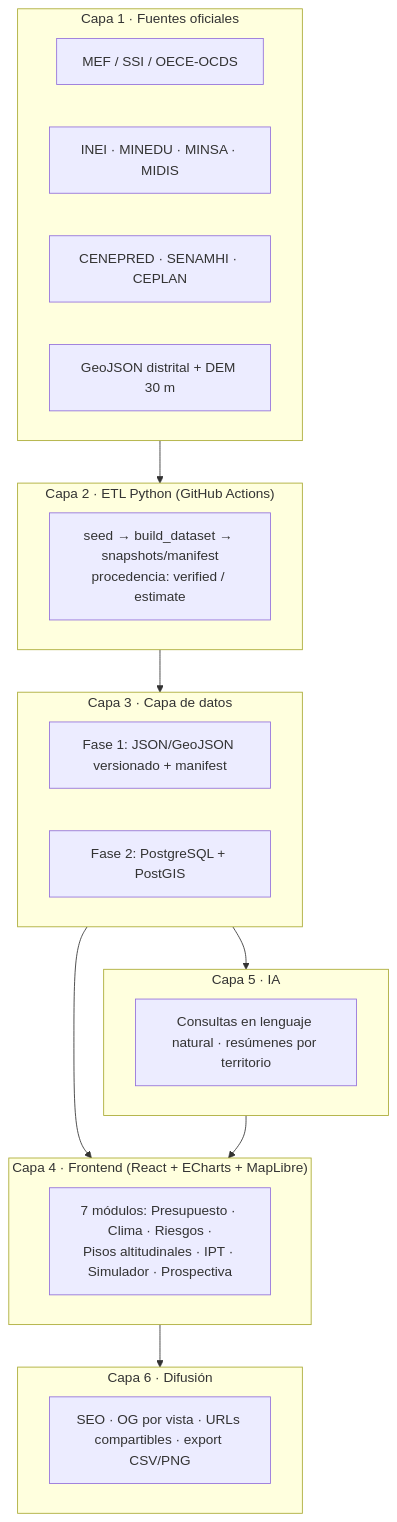
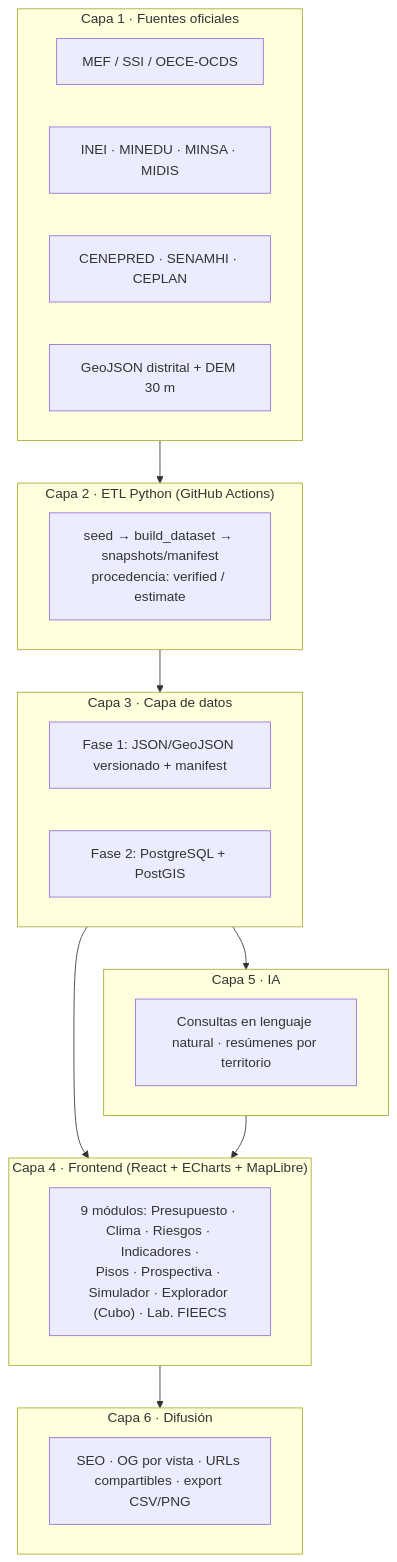
Before and after one commit to unimauro/qhaway-observatorio-2026: the first of 4 diagrams in docs/QHAWAY_PROPUESTA.md, drawn with Mermaid. The commit also changed other lines of this file and 1 other file, not shown here.

Commit message:
Propuesta: módulo Explorador Multidimensional (Cubo OLAP), esquema estrella, cobertura de datos, menú 9 módulos, roadmap real, marco INEI 1,845

````diff
--- a/docs/QHAWAY_PROPUESTA.md
+++ b/docs/QHAWAY_PROPUESTA.md
@@ -212,29 +221,29 @@
 ```mermaid
 flowchart TB
   subgraph C1["Capa 1 · Fuentes oficiales"]
     F1["MEF / SSI / OECE-OCDS"]
     F2["INEI · MINEDU · MINSA · MIDIS"]
     F3["CENEPRED · SENAMHI · CEPLAN"]
     F4["GeoJSON distrital + DEM 30 m"]
   end
   subgraph C2["Capa 2 · ETL Python (GitHub Actions)"]
     E1["seed → build_dataset → snapshots/manifest<br/>procedencia: verified / estimate"]
   end
   subgraph C3["Capa 3 · Capa de datos"]
     D1["Fase 1: JSON/GeoJSON versionado + manifest"]
     D2["Fase 2: PostgreSQL + PostGIS"]
   end
   subgraph C4["Capa 4 · Frontend (React + ECharts + MapLibre)"]
-    M1["7 módulos: Presupuesto · Clima · Riesgos ·<br/>Pisos altitudinales · IPT · Simulador · Prospectiva"]
+    M1["9 módulos: Presupuesto · Clima · Riesgos · Indicadores ·<br/>Pisos · Prospectiva · Simulador · Explorador (Cubo) · Lab. FIEECS"]
   end
   subgraph C5["Capa 5 · IA"]
     A1["Consultas en lenguaje natural · resúmenes por territorio"]
   end
   subgraph C6["Capa 6 · Difusión"]
     S1["SEO · OG por vista · URLs compartibles · export CSV/PNG"]
   end
   C1 --> C2 --> C3 --> C4
   C3 --> C5
   C5 --> C4
   C4 --> C6
 ```
````
